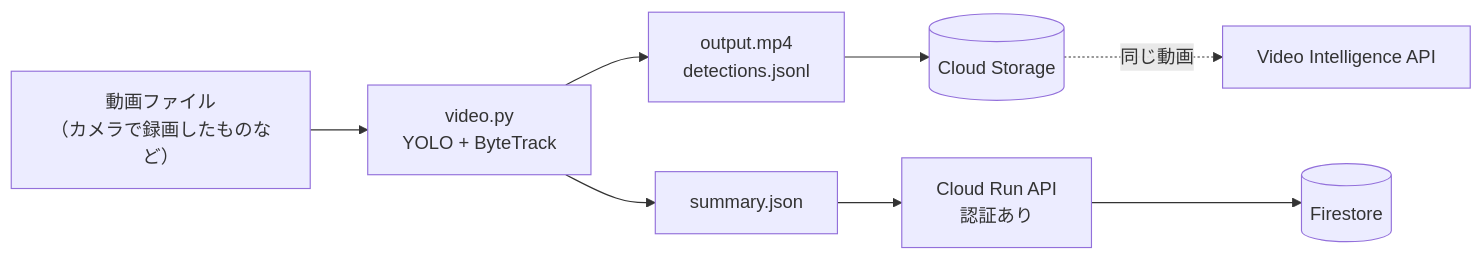
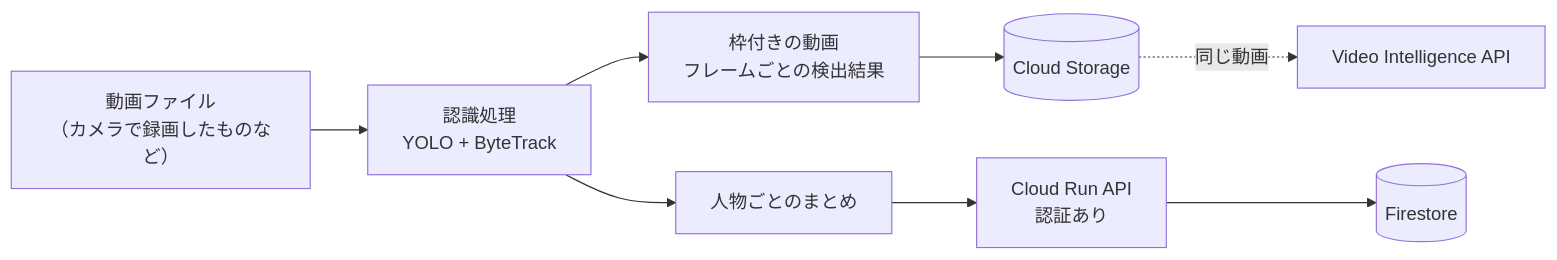
Before and after one commit to kazakamibeer/docusaurus-for-docs: the diagram in docs/docs/image-recognition/image-video-recognition-google-cloud-handson.md, drawn with Mermaid. The commit also changed other lines of this file and 8 other files, not shown here.

````diff
--- a/docs/docs/image-recognition/image-video-recognition-google-cloud-handson.md
+++ b/docs/docs/image-recognition/image-video-recognition-google-cloud-handson.md
@@ -29,10 +31,10 @@
 ```mermaid
 flowchart LR
-  A["動画ファイル<br>（カメラで録画したものなど）"] --> B["video.py<br>YOLO + ByteTrack"]
-  B --> C["output.mp4<br>detections.jsonl"]
+  A["動画ファイル<br>（カメラで録画したものなど）"] --> B["認識処理<br>YOLO + ByteTrack"]
+  B --> C["枠付きの動画<br>フレームごとの検出結果"]
   C --> GCS[(Cloud Storage)]
-  B --> D[summary.json]
+  B --> D[人物ごとのまとめ]
   D --> API["Cloud Run API<br>認証あり"]
   API --> FS[(Firestore)]
   GCS -. 同じ動画 .-> VI[Video Intelligence API]
 ```
````
